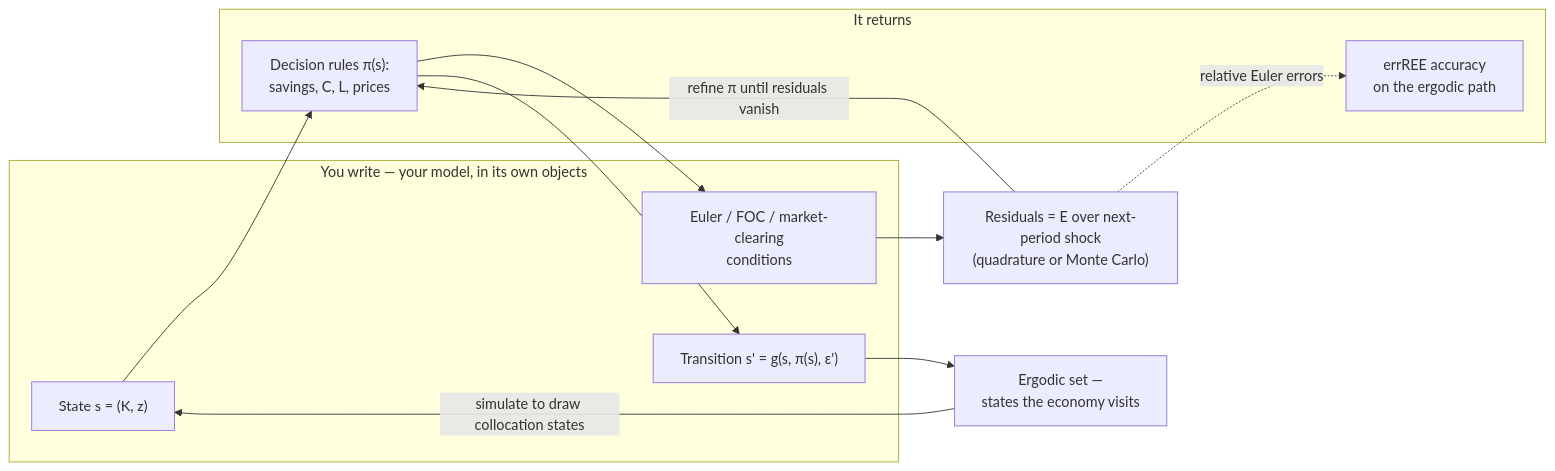
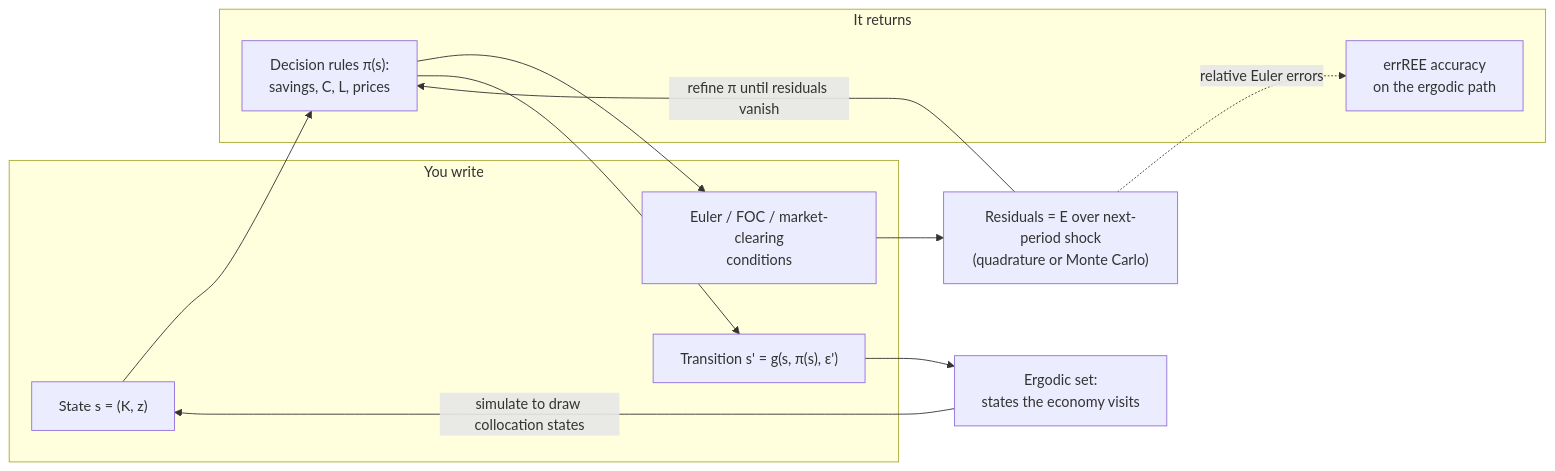
The first of 2 diagrams in docs/site/index.md (deqn-jax/deqn-jax), drawn with Mermaid before and after one commit. The commit also changed other lines of this file and 5 other files, not shown here.

````diff
--- a/docs/site/index.md
+++ b/docs/site/index.md
@@ -22,20 +24,20 @@
 ```mermaid
 flowchart LR
-    subgraph WRITE["You write — your model, in its own objects"]
+    subgraph WRITE["You write"]
         S["State s = (K, z)"]
         EQ["Euler / FOC / market-clearing<br/>conditions"]
         TR["Transition s' = g(s, &pi;(s), &epsilon;')"]
     end
     subgraph RET["It returns"]
         PI["Decision rules &pi;(s):<br/>savings, C, L, prices"]
         ACC["errREE accuracy<br/>on the ergodic path"]
     end
     S --> PI
     PI --> EQ
     EQ --> RES["Residuals = E over next-period shock<br/>(quadrature or Monte Carlo)"]
     RES -->|refine &pi; until residuals vanish| PI
     PI --> TR
-    TR --> ERG["Ergodic set —<br/>states the economy visits"]
+    TR --> ERG["Ergodic set:<br/>states the economy visits"]
     ERG -->|simulate to draw collocation states| S
     RES -.->|relative Euler errors| ACC
 ```
````
